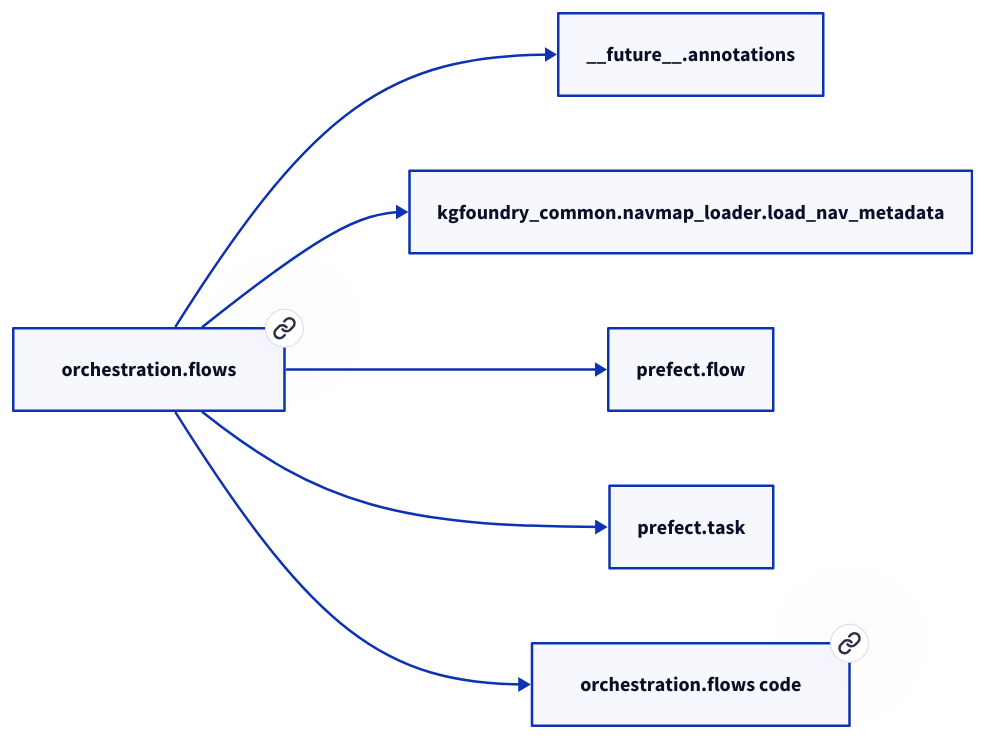
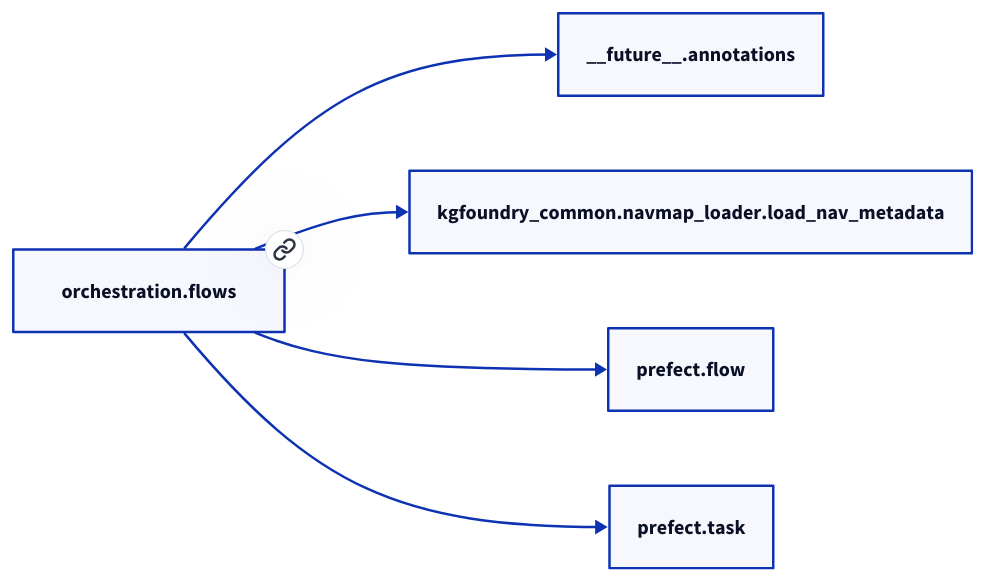
One commit to paul-heyse/kgforge changed the diagram in docs/modules/orchestration/flows.md. Above: the diagram before and after it, drawn with D2. The commit also changed other lines of this file and 118 other files, not shown here.

````diff
--- a/docs/modules/orchestration/flows.md
+++ b/docs/modules/orchestration/flows.md
@@ -34,14 +32,12 @@
 ```d2
 direction: right
-"orchestration.flows": "orchestration.flows" { link: "./orchestration/flows.md" }
+"orchestration.flows": "orchestration.flows" { link: "flows.md" }
 "__future__.annotations": "__future__.annotations"
 "orchestration.flows" -> "__future__.annotations"
 "kgfoundry_common.navmap_loader.load_nav_metadata": "kgfoundry_common.navmap_loader.load_nav_metadata"
 "orchestration.flows" -> "kgfoundry_common.navmap_loader.load_nav_metadata"
 "prefect.flow": "prefect.flow"
 "orchestration.flows" -> "prefect.flow"
 "prefect.task": "prefect.task"
 "orchestration.flows" -> "prefect.task"
-"orchestration.flows_code": "orchestration.flows code" { link: "https://github.com/kgfoundry/kgfoundry/blob/main/src/orchestration/flows.py" }
-"orchestration.flows" -> "orchestration.flows_code" { style: dashed }
 ```
````
